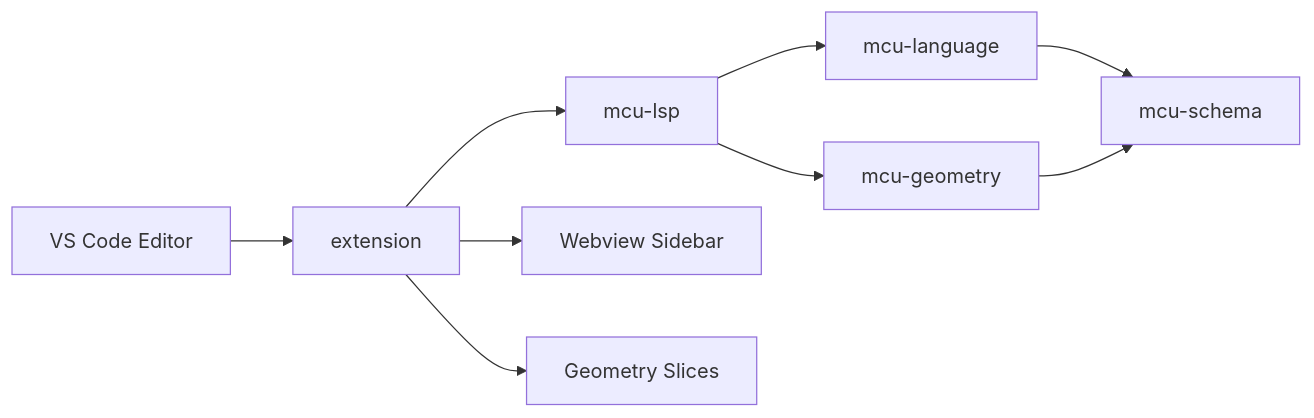
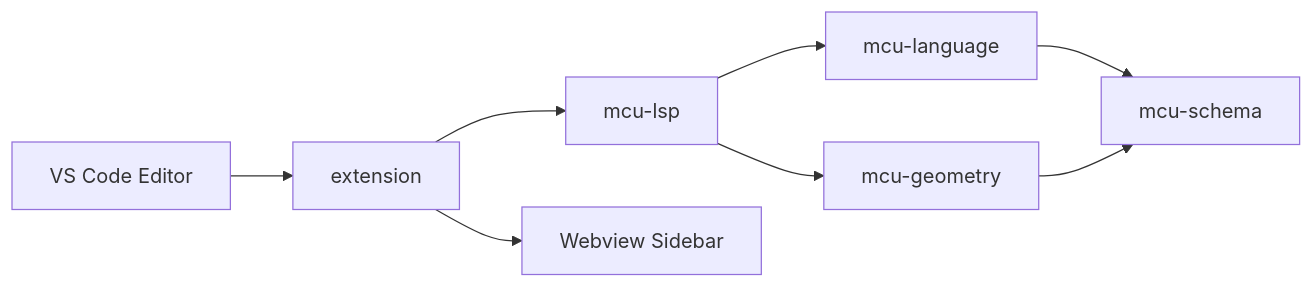
One commit to int21h-dz/MCUHelper changed the diagram in README.md. Above: the diagram before and after it, drawn with Mermaid. The commit also changed other lines of this file and 18 other files, not shown here.

````diff
--- a/README.md
+++ b/README.md
@@ -59,11 +57,10 @@
 ```mermaid
 flowchart LR
   Editor[VS Code Editor] --> Ext[extension]
   Ext --> LSP[mcu-lsp]
   LSP --> Lang[mcu-language]
   LSP --> Geo[mcu-geometry]
   Lang --> Schema[mcu-schema]
   Geo --> Schema
   Ext --> Sidebar[Webview Sidebar]
-  Ext --> GeomView[Geometry Slices]
 ```
````
